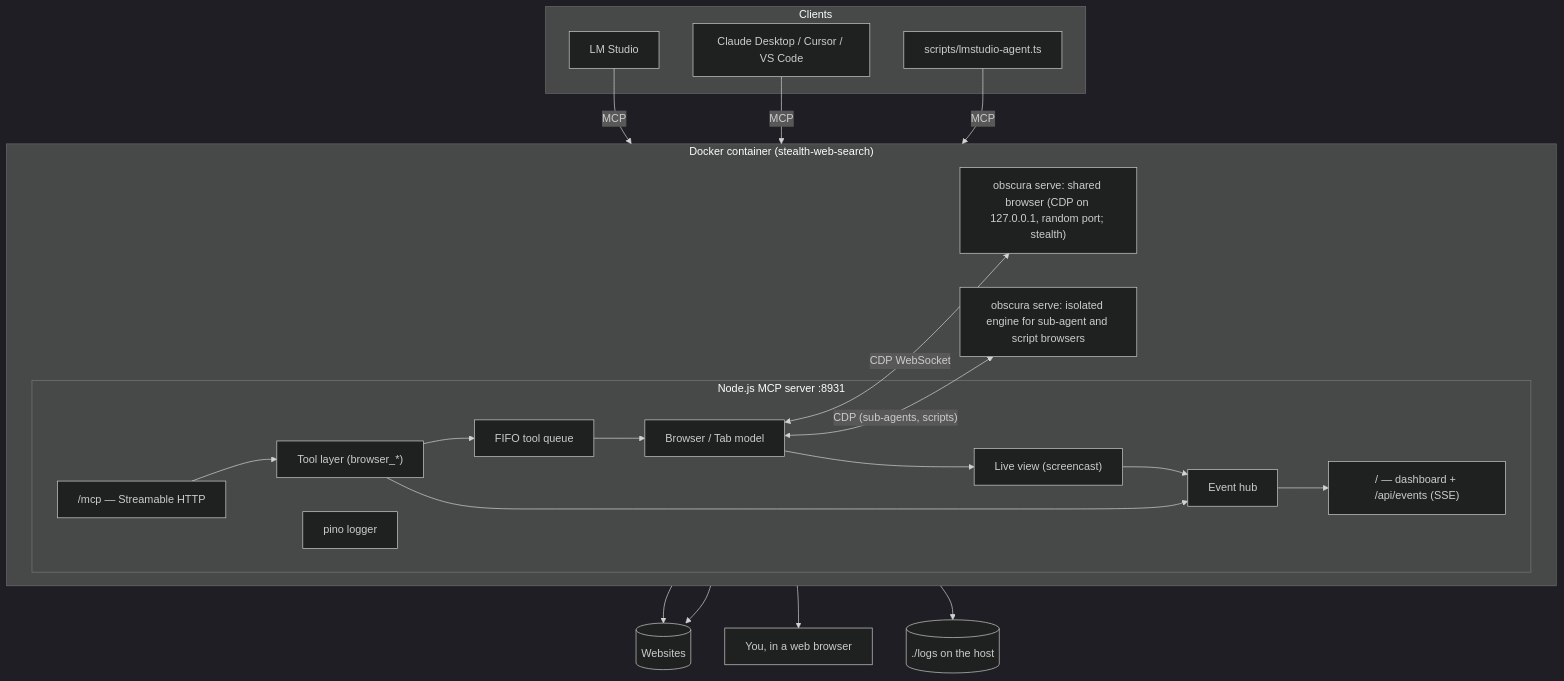
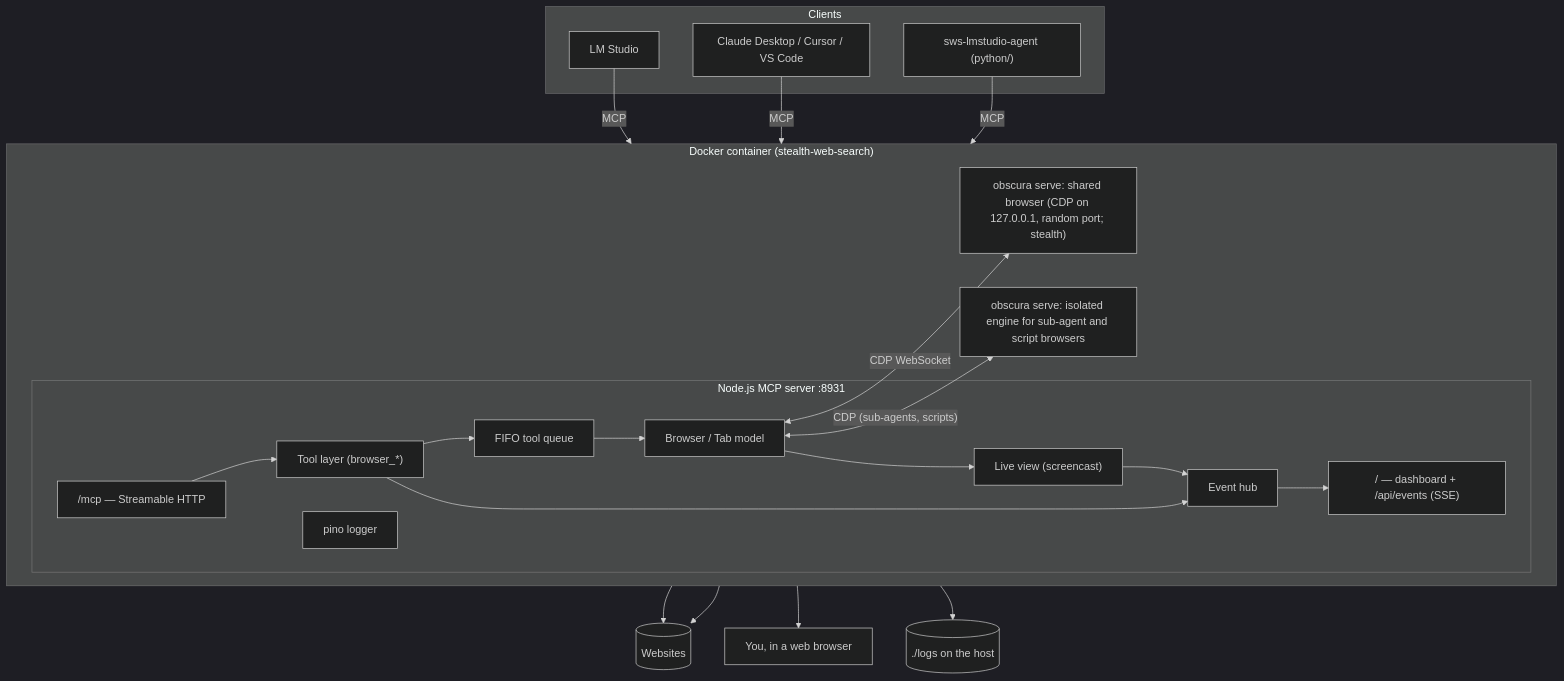
One commit to tanishmeh/stealth-web-search changed the first of 2 diagrams in docs/ARCHITECTURE.md. Above: the diagram before and after it, drawn with Mermaid (dark theme). The commit also changed other lines of this file and 7 other files, not shown here.

````diff
--- a/docs/ARCHITECTURE.md
+++ b/docs/ARCHITECTURE.md
@@ -8,35 +8,35 @@
 ```mermaid
 flowchart TB
     subgraph Clients
         LMS[LM Studio]
         CD[Claude Desktop / Cursor / VS Code]
-        CLI[scripts/lmstudio-agent.ts]
+        CLI["sws-lmstudio-agent (python/)"]
     end
     Human[You, in a web browser]
 
     subgraph Container["Docker container (stealth-web-search)"]
         direction LR
         subgraph Node["Node.js MCP server :8931"]
             HTTP["/mcp — Streamable HTTP"]
             Tools["Tool layer (browser_*)"]
             Queue["FIFO tool queue"]
             Browser["Browser / Tab model"]
             Live["Live view (screencast)"]
             Hub["Event hub"]
             Dash["/ — dashboard + /api/events (SSE)"]
             Logs["pino logger"]
         end
         Obscura["obscura serve: shared browser (CDP on 127.0.0.1, random port; stealth)"]
         ObscuraIso["obscura serve: isolated engine for sub-agent and script browsers"]
     end
     Web[(Websites)]
     Files[(./logs on the host)]
 
     LMS & CD & CLI -->|MCP| HTTP --> Tools --> Queue --> Browser
     Browser <-->|CDP WebSocket| Obscura --> Web
     Browser <-->|"CDP (sub-agents, scripts)"| ObscuraIso --> Web
     Browser --> Live --> Hub
     Tools --> Hub
     Hub --> Dash --> Human
     Node --> Logs --> Files
 ```
````
